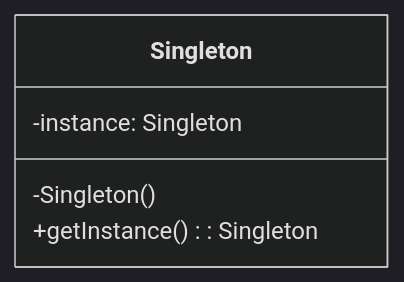
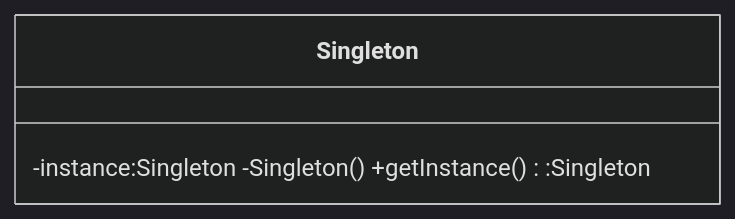
The fifth of 23 diagrams in README.md (apdaza/gof-patterns-in-pygame), drawn with Mermaid (dark theme) before and after one commit. The commit also changed other lines of this file, not shown here.

````diff
--- a/README.md
+++ b/README.md
@@ -108,9 +213,4 @@
 ```mermaid
 classDiagram
-    direction TD
-    class Singleton {
-      -instance: Singleton
-      -Singleton()
-      +getInstance(): Singleton
-    }
+class Singleton{-instance:Singleton -Singleton() +getInstance():Singleton}
 ```
````
